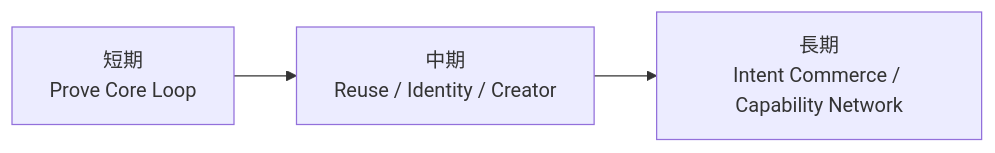
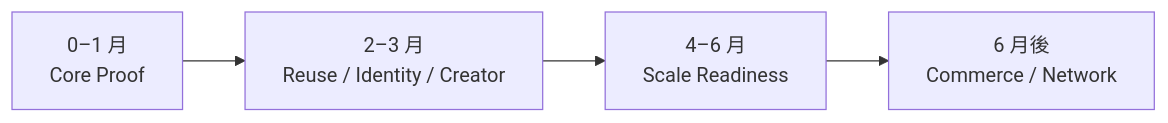
One commit to NFF98/NodeFF changed the sixth of 6 diagrams in working/APP-ARCHITECTURE.md. Above: the diagram before and after it, drawn with Mermaid. The commit also changed other lines of this file, not shown here.

Commit message:
docs: align app architecture to 1m 3m 6m evolution model

```diff
--- a/working/APP-ARCHITECTURE.md
+++ b/working/APP-ARCHITECTURE.md
@@ -459,8 +450,9 @@
 ~~~mermaid
 flowchart LR
-    P1["短期<br/>Prove Core Loop"]
-    P2["中期<br/>Reuse / Identity / Creator"]
-    P3["長期<br/>Intent Commerce / Capability Network"]
+    P1["0–1 月<br/>Core Proof"]
+    P2["2–3 月<br/>Reuse / Identity / Creator"]
+    P3["4–6 月<br/>Scale Readiness"]
+    P4["6 月後<br/>Commerce / Network"]
 
-    P1 --> P2 --> P3
+    P1 --> P2 --> P3 --> P4
 ~~~
```
